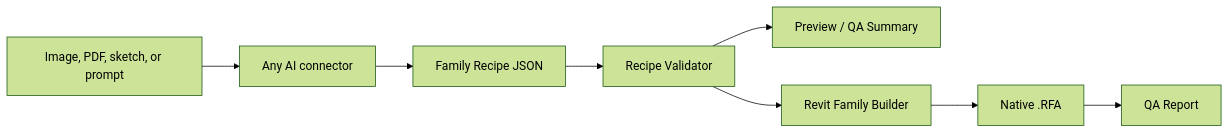
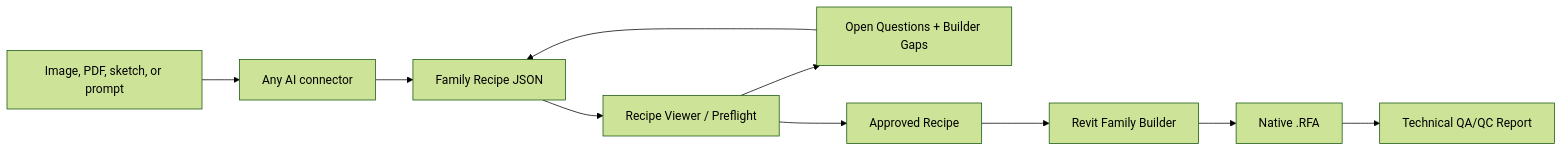
The diagram in README.md (BIM-Dad/family-forge), drawn with Mermaid (forest theme) before and after one commit. The commit also changed other lines of this file and 11 other files, not shown here.

Commit message:
Add recipe preflight viewer

````diff
--- a/README.md
+++ b/README.md
@@ -55,10 +55,12 @@
 ```mermaid
 flowchart LR
     A["Image, PDF, sketch, or prompt"] --> B["Any AI connector"]
     B --> C["Family Recipe JSON"]
-    C --> D["Recipe Validator"]
-    D --> E["Preview / QA Summary"]
-    D --> F["Revit Family Builder"]
-    F --> G["Native .RFA"]
-    G --> H["QA Report"]
+    C --> D["Recipe Viewer / Preflight"]
+    D --> E["Open Questions + Builder Gaps"]
+    E --> C
+    D --> F["Approved Recipe"]
+    F --> G["Revit Family Builder"]
+    G --> H["Native .RFA"]
+    H --> I["Technical QA/QC Report"]
 ```
````
